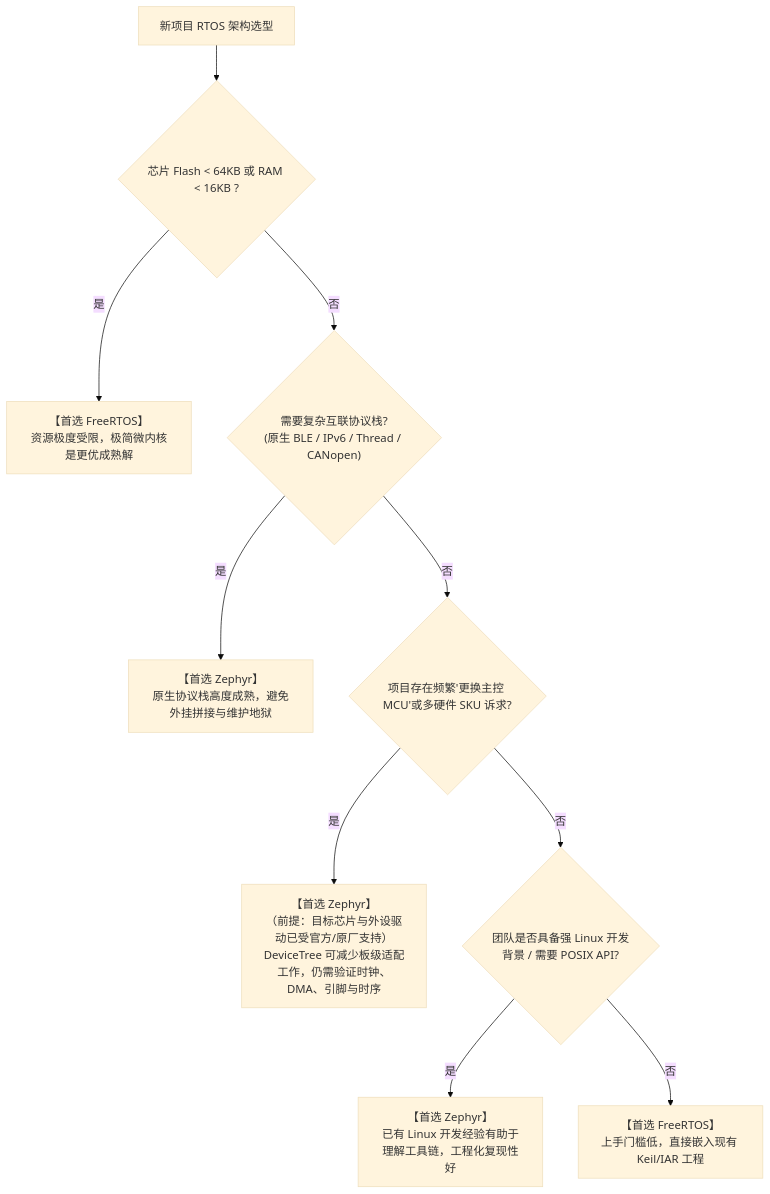
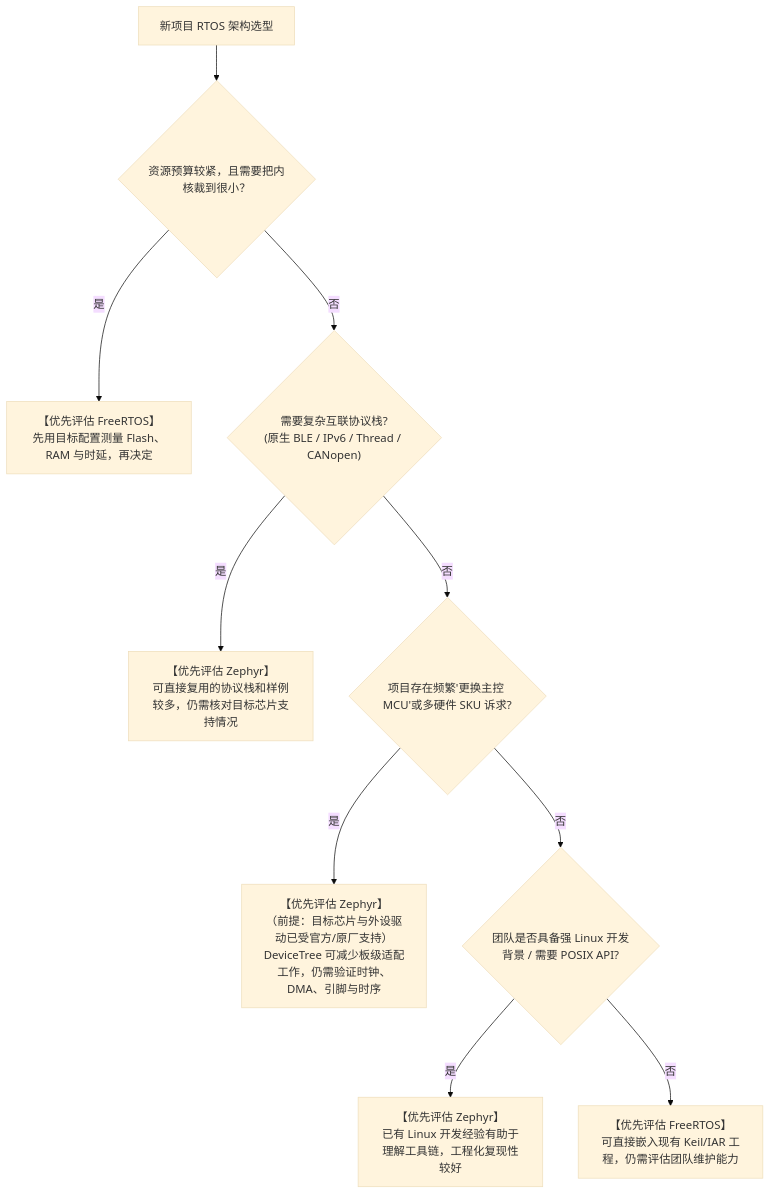
Before and after one commit to YvainZhang/YvainZhang.github.io: the diagram in RTOS/04-Comparative-Study/06-selection-decision-tree.md, drawn with Mermaid (base theme). The commit also changed other lines of this file and 44 other files, not shown here.

````diff
--- a/RTOS/04-Comparative-Study/06-selection-decision-tree.md
+++ b/RTOS/04-Comparative-Study/06-selection-decision-tree.md
@@ -7,19 +7,19 @@
 ```mermaid
 flowchart TD
-    Start["新项目 RTOS 架构选型"] --> Q1{"芯片 Flash < 64KB 或 RAM < 16KB ?"}
-    
-    Q1 -->|是| Sel_FreeRTOS1["【首选 FreeRTOS】<br/>资源极度受限，极简微内核是更优成熟解"]
-    
-    Q1 -->|否| Q2{"需要复杂互联协议栈?<br/>(原生 BLE / IPv6 / Thread / CANopen)"}
-    
-    Q2 -->|是| Sel_Zephyr1["【首选 Zephyr】<br/>原生协议栈高度成熟，避免外挂拼接与维护地狱"]
-    
-    Q2 -->|否| Q3{"项目存在频繁'更换主控 MCU'或多硬件 SKU 诉求?"}
-    
-    Q3 -->|是| Sel_Zephyr2["【首选 Zephyr】<br/>（前提：目标芯片与外设驱动已受官方/原厂支持）<br/>DeviceTree 可减少板级适配工作，仍需验证时钟、DMA、引脚与时序"]
-    
-    Q3 -->|否| Q5{"团队是否具备强 Linux 开发背景 / 需要 POSIX API?"}
-    
-    Q5 -->|是| Sel_Zephyr3["【首选 Zephyr】<br/>已有 Linux 开发经验有助于理解工具链，工程化复现性好"]
-    Q5 -->|否| Sel_FreeRTOS3["【首选 FreeRTOS】<br/>上手门槛低，直接嵌入现有 Keil/IAR 工程"]
+    Start["新项目 RTOS 架构选型"] --> Q1{"资源预算较紧，且需要把内核裁到很小？"}
+
+    Q1 -->|"是"| Sel_FreeRTOS1["【优先评估 FreeRTOS】<br/>先用目标配置测量 Flash、RAM 与时延，再决定"]
+
+    Q1 -->|"否"| Q2{"需要复杂互联协议栈?<br/>(原生 BLE / IPv6 / Thread / CANopen)"}
+
+    Q2 -->|"是"| Sel_Zephyr1["【优先评估 Zephyr】<br/>可直接复用的协议栈和样例较多，仍需核对目标芯片支持情况"]
+
+    Q2 -->|"否"| Q3{"项目存在频繁'更换主控 MCU'或多硬件 SKU 诉求?"}
+
+    Q3 -->|"是"| Sel_Zephyr2["【优先评估 Zephyr】<br/>（前提：目标芯片与外设驱动已受官方/原厂支持）<br/>DeviceTree 可减少板级适配工作，仍需验证时钟、DMA、引脚与时序"]
+
+    Q3 -->|"否"| Q5{"团队是否具备强 Linux 开发背景 / 需要 POSIX API?"}
+
+    Q5 -->|"是"| Sel_Zephyr3["【优先评估 Zephyr】<br/>已有 Linux 开发经验有助于理解工具链，工程化复现性较好"]
+    Q5 -->|"否"| Sel_FreeRTOS3["【优先评估 FreeRTOS】<br/>可直接嵌入现有 Keil/IAR 工程，仍需评估团队维护能力"]
 ```
````
